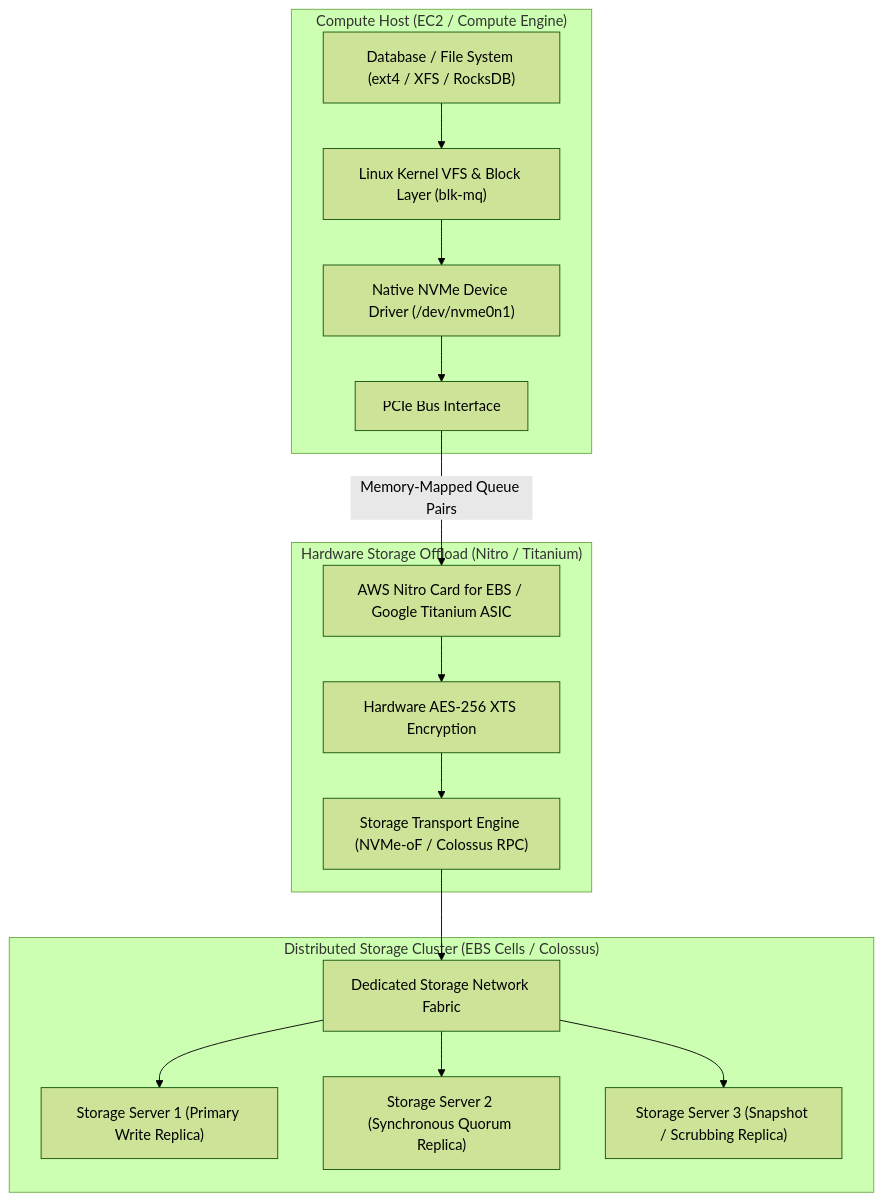
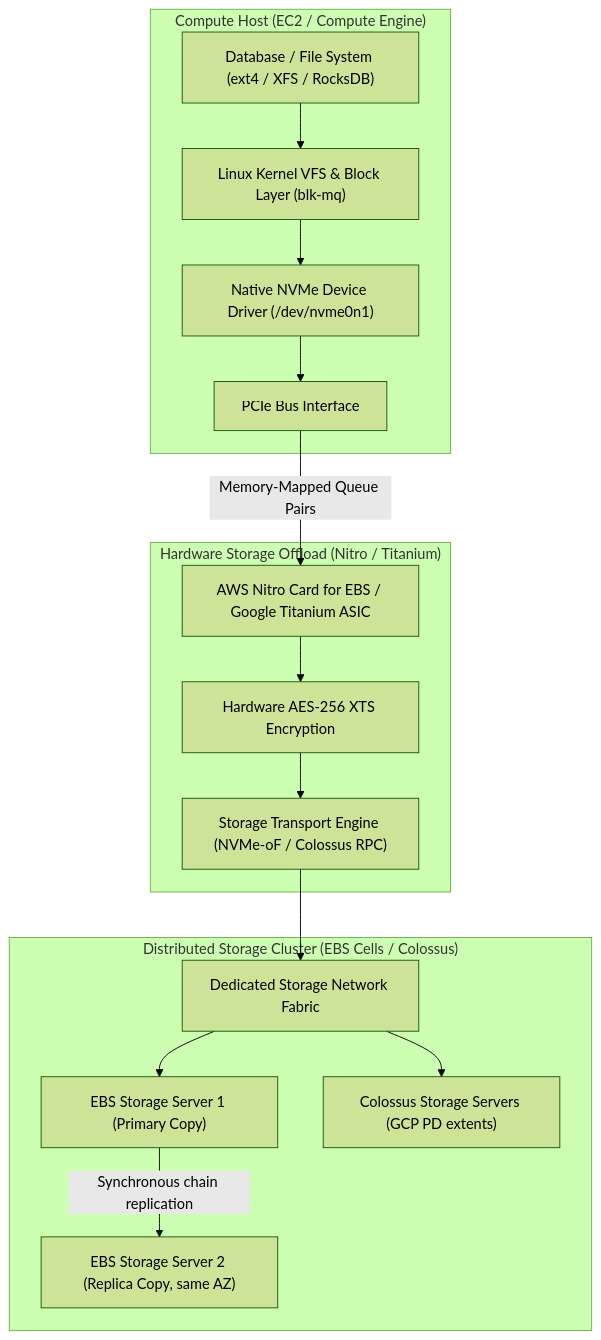
Before and after one commit to shreejitverma/SDE-Interview-Prep: the diagram in 17-Cloud-AI-Engineering/Volume_00_Foundations_Under_the_Cloud/Chapter_05_Storage_Media_and_Block_Storage_Foundations.md, drawn with Mermaid (forest theme). The commit also changed other lines of this file and 16 other files, not shown here.

````diff
--- a/17-Cloud-AI-Engineering/Volume_00_Foundations_Under_the_Cloud/Chapter_05_Storage_Media_and_Block_Storage_Foundations.md
+++ b/17-Cloud-AI-Engineering/Volume_00_Foundations_Under_the_Cloud/Chapter_05_Storage_Media_and_Block_Storage_Foundations.md
@@ -28,32 +28,32 @@
 ```mermaid
 flowchart TD
     subgraph ComputeHost["Compute Host (EC2 / Compute Engine)"]
         GuestApp["Database / File System (ext4 / XFS / RocksDB)"]
         KernelVFS["Linux Kernel VFS & Block Layer (blk-mq)"]
         NVMeDriver["Native NVMe Device Driver (/dev/nvme0n1)"]
         PCIeBus["PCIe Bus Interface"]
         GuestApp --> KernelVFS
         KernelVFS --> NVMeDriver
         NVMeDriver --> PCIeBus
     end
 
     subgraph HardwareOffload["Hardware Storage Offload (Nitro / Titanium)"]
         NitroCard["AWS Nitro Card for EBS / Google Titanium ASIC"]
         PCIeBus -->|Memory-Mapped Queue Pairs| NitroCard
         CryptoEngine["Hardware AES-256 XTS Encryption"]
         NetworkStack["Storage Transport Engine (NVMe-oF / Colossus RPC)"]
         NitroCard --> CryptoEngine
         CryptoEngine --> NetworkStack
     end
 
     subgraph StorageFabric["Distributed Storage Cluster (EBS Cells / Colossus)"]
         StorageNetwork["Dedicated Storage Network Fabric"]
-        SN1["Storage Server 1 (Primary Write Replica)"]
-        SN2["Storage Server 2 (Synchronous Quorum Replica)"]
-        SN3["Storage Server 3 (Snapshot / Scrubbing Replica)"]
+        SN1["EBS Storage Server 1 (Primary Copy)"]
+        SN2["EBS Storage Server 2 (Replica Copy, same AZ)"]
+        SN3["Colossus Storage Servers (GCP PD extents)"]
         NetworkStack --> StorageNetwork
         StorageNetwork --> SN1
-        StorageNetwork --> SN2
+        SN1 -->|Synchronous chain replication| SN2
         StorageNetwork --> SN3
     end
 ```
````
